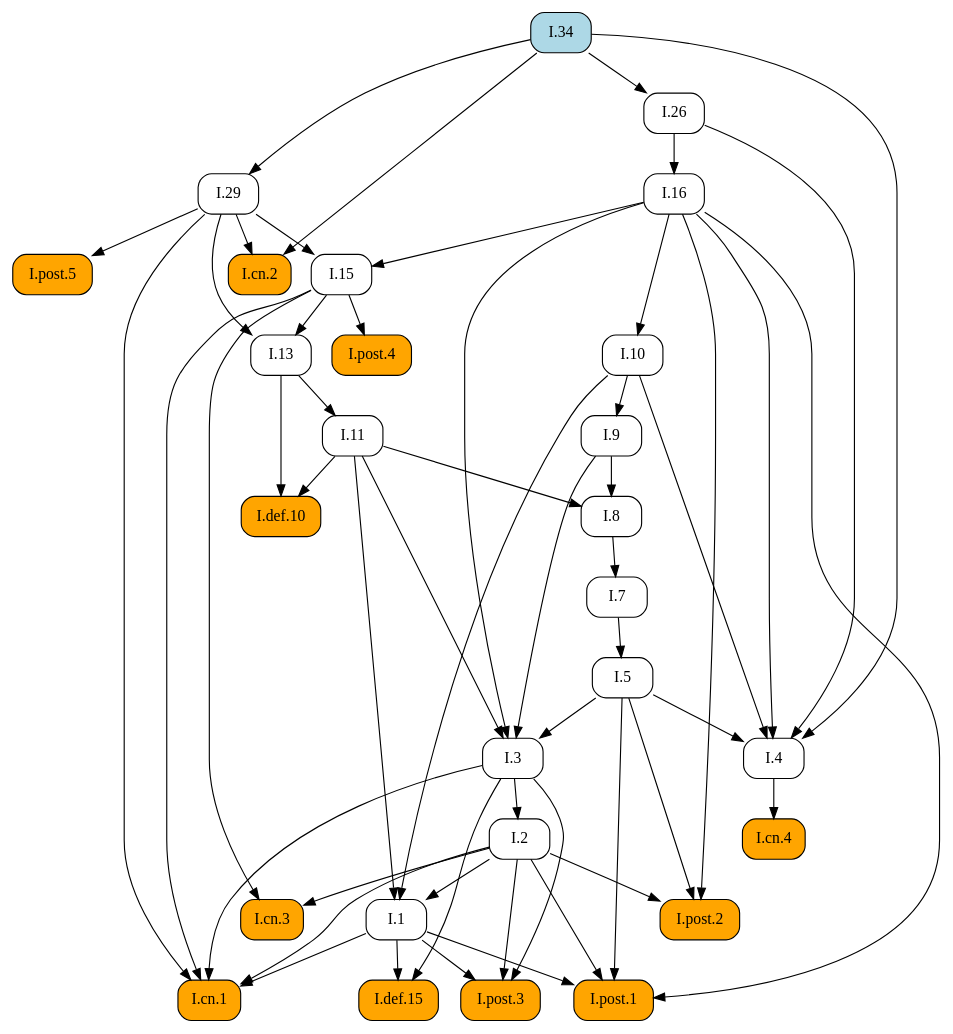
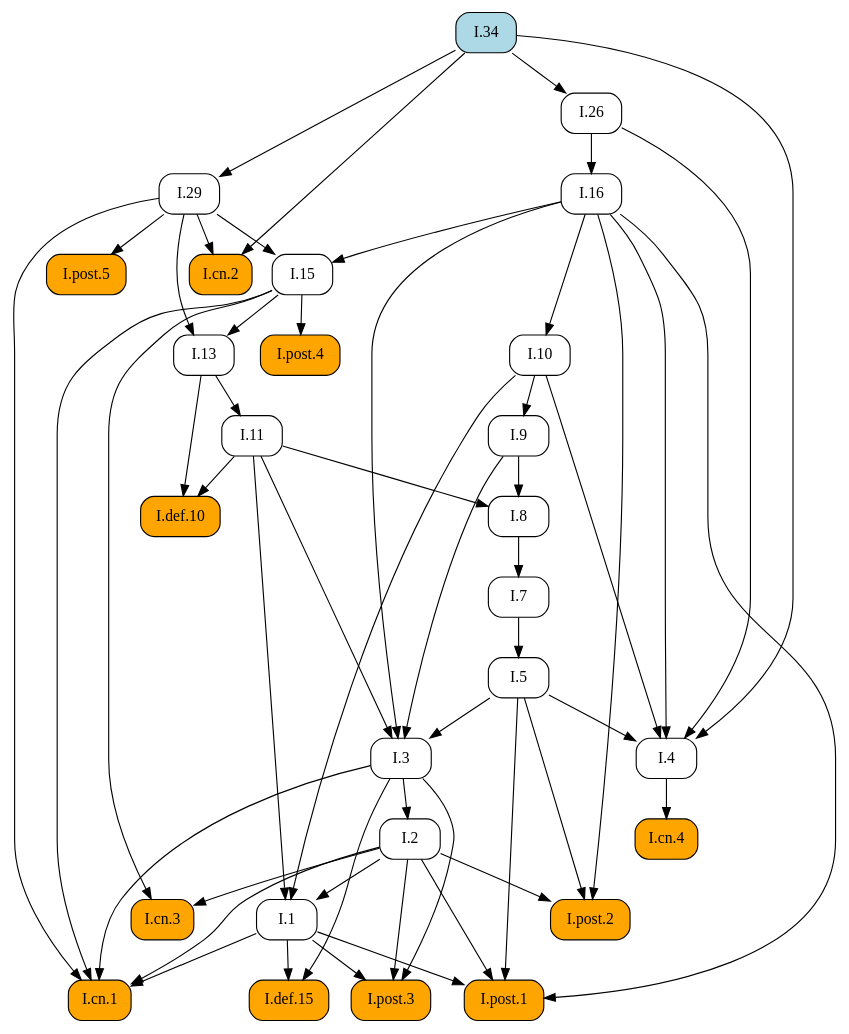
One commit to geometor/elements changed the diagram in docsrc/elements2/I/34/index.rst. Above: the diagram before and after it, drawn with Graphviz. The commit also changed other lines of this file and 409 other files, not shown here.

First line of the commit message:
feat: Add image cropping and graphic extraction script

```diff
--- a/docsrc/elements2/I/34/index.rst
+++ b/docsrc/elements2/I/34/index.rst
@@ -81,84 +81,84 @@
    digraph {
      rankdir="TB";
      node [shape=box, style=rounded];
+     "I.def.15" [style="rounded,filled", fillcolor=orange, URL="/elements2/I/def.15/", target="_top"];
+     "I.def.10" [style="rounded,filled", fillcolor=orange, URL="/elements2/I/def.10/", target="_top"];
+     "I.11" [URL="/elements2/I/11/", target="_top"];
+     "I.post.4" [style="rounded,filled", fillcolor=orange, URL="/elements2/I/post.4/", target="_top"];
      "I.8" [URL="/elements2/I/8/", target="_top"];
-     "I.post.3" [style="rounded,filled", fillcolor=orange, URL="/elements2/I/post.3/", target="_top"];
-     "I.cn.3" [style="rounded,filled", fillcolor=orange, URL="/elements2/I/cn.3/", target="_top"];
-     "I.cn.4" [style="rounded,filled", fillcolor=orange, URL="/elements2/I/cn.4/", target="_top"];
-     "I.1" [URL="/elements2/I/1/", target="_top"];
-     "I.7" [URL="/elements2/I/7/", target="_top"];
-     "I.post.1" [style="rounded,filled", fillcolor=orange, URL="/elements2/I/post.1/", target="_top"];
-     "I.9" [URL="/elements2/I/9/", target="_top"];
+     "I.15" [URL="/elements2/I/15/", target="_top"];
      "I.5" [URL="/elements2/I/5/", target="_top"];
      "I.post.5" [style="rounded,filled", fillcolor=orange, URL="/elements2/I/post.5/", target="_top"];
+     "I.3" [URL="/elements2/I/3/", target="_top"];
+     "I.10" [URL="/elements2/I/10/", target="_top"];
+     "I.26" [URL="/elements2/I/26/", target="_top"];
      "I.cn.1" [style="rounded,filled", fillcolor=orange, URL="/elements2/I/cn.1/", target="_top"];
+     "I.cn.3" [style="rounded,filled", fillcolor=orange, URL="/elements2/I/cn.3/", target="_top"];
+     "I.13" [URL="/elements2/I/13/", target="_top"];
+     "I.4" [URL="/elements2/I/4/", target="_top"];
+     "I.post.3" [style="rounded,filled", fillcolor=orange, URL="/elements2/I/post.3/", target="_top"];
+     "I.7" [URL="/elements2/I/7/", target="_top"];
+     "I.9" [URL="/elements2/I/9/", target="_top"];
      "I.29" [URL="/elements2/I/29/", target="_top"];
-     "I.def.10" [style="rounded,filled", fillcolor=orange, URL="/elements2/I/def.10/", target="_top"];
-     "I.post.4" [style="rounded,filled", fillcolor=orange, URL="/elements2/I/post.4/", target="_top"];
      "I.16" [URL="/elements2/I/16/", target="_top"];
+     "I.post.1" [style="rounded,filled", fillcolor=orange, URL="/elements2/I/post.1/", target="_top"];
+     "I.2" [URL="/elements2/I/2/", target="_top"];
+     "I.34" [style="rounded,filled", fillcolor=lightblue, URL="/elements2/I/34/", target="_top"];
+     "I.cn.4" [style="rounded,filled", fillcolor=orange, URL="/elements2/I/cn.4/", target="_top"];
      "I.cn.2" [style="rounded,filled", fillcolor=orange, URL="/elements2/I/cn.2/", target="_top"];
-     "I.13" [URL="/elements2/I/13/", target="_top"];
-     "I.2" [URL="/elements2/I/2/", target="_top"];
-     "I.def.15" [style="rounded,filled", fillcolor=orange, URL="/elements2/I/def.15/", target="_top"];
-     "I.4" [URL="/elements2/I/4/", target="_top"];
-     "I.11" [URL="/elements2/I/11/", target="_top"];
-     "I.10" [URL="/elements2/I/10/", target="_top"];
-     "I.15" [URL="/elements2/I/15/", target="_top"];
-     "I.3" [URL="/elements2/I/3/", target="_top"];
+     "I.1" [URL="/elements2/I/1/", target="_top"];
      "I.post.2" [style="rounded,filled", fillcolor=orange, URL="/elements2/I/post.2/", target="_top"];
-     "I.34" [style="rounded,filled", fillcolor=lightblue, URL="/elements2/I/34/", target="_top"];
-     "I.26" [URL="/elements2/I/26/", target="_top"];
+     "I.1" -> "I.def.15";
+     "I.3" -> "I.def.15";
+     "I.11" -> "I.def.10";
+     "I.13" -> "I.def.10";
+     "I.13" -> "I.11";
+     "I.15" -> "I.post.4";
      "I.9" -> "I.8";
      "I.11" -> "I.8";
-     "I.1" -> "I.post.3";
-     "I.2" -> "I.post.3";
-     "I.3" -> "I.post.3";
-     "I.2" -> "I.cn.3";
-     "I.15" -> "I.cn.3";
-     "I.4" -> "I.cn.4";
-     "I.2" -> "I.1";
-     "I.10" -> "I.1";
-     "I.11" -> "I.1";
-     "I.8" -> "I.7";
-     "I.1" -> "I.post.1";
-     "I.2" -> "I.post.1";
-     "I.5" -> "I.post.1";
-     "I.16" -> "I.post.1";
-     "I.10" -> "I.9";
+     "I.16" -> "I.15";
+     "I.29" -> "I.15";
      "I.7" -> "I.5";
      "I.29" -> "I.post.5";
+     "I.5" -> "I.3";
+     "I.9" -> "I.3";
+     "I.11" -> "I.3";
+     "I.16" -> "I.3";
+     "I.16" -> "I.10";
+     "I.34" -> "I.26";
      "I.1" -> "I.cn.1";
      "I.2" -> "I.cn.1";
      "I.3" -> "I.cn.1";
      "I.15" -> "I.cn.1";
      "I.29" -> "I.cn.1";
-     "I.34" -> "I.29";
-     "I.11" -> "I.def.10";
-     "I.13" -> "I.def.10";
-     "I.15" -> "I.post.4";
-     "I.26" -> "I.16";
-     "I.29" -> "I.cn.2";
-     "I.34" -> "I.cn.2";
+     "I.2" -> "I.cn.3";
+     "I.15" -> "I.cn.3";
      "I.15" -> "I.13";
      "I.29" -> "I.13";
-     "I.3" -> "I.2";
-     "I.1" -> "I.def.15";
-     "I.3" -> "I.def.15";
      "I.5" -> "I.4";
      "I.10" -> "I.4";
      "I.16" -> "I.4";
      "I.26" -> "I.4";
      "I.34" -> "I.4";
-     "I.13" -> "I.11";
-     "I.16" -> "I.10";
-     "I.16" -> "I.15";
-     "I.29" -> "I.15";
-     "I.5" -> "I.3";
-     "I.9" -> "I.3";
-     "I.11" -> "I.3";
-     "I.16" -> "I.3";
+     "I.1" -> "I.post.3";
+     "I.2" -> "I.post.3";
+     "I.3" -> "I.post.3";
+     "I.8" -> "I.7";
+     "I.10" -> "I.9";
+     "I.34" -> "I.29";
+     "I.26" -> "I.16";
+     "I.1" -> "I.post.1";
+     "I.2" -> "I.post.1";
+     "I.5" -> "I.post.1";
+     "I.16" -> "I.post.1";
+     "I.3" -> "I.2";
+     "I.4" -> "I.cn.4";
+     "I.29" -> "I.cn.2";
+     "I.34" -> "I.cn.2";
+     "I.2" -> "I.1";
+     "I.10" -> "I.1";
+     "I.11" -> "I.1";
      "I.2" -> "I.post.2";
      "I.5" -> "I.post.2";
      "I.16" -> "I.post.2";
-     "I.34" -> "I.26";
    }
```
